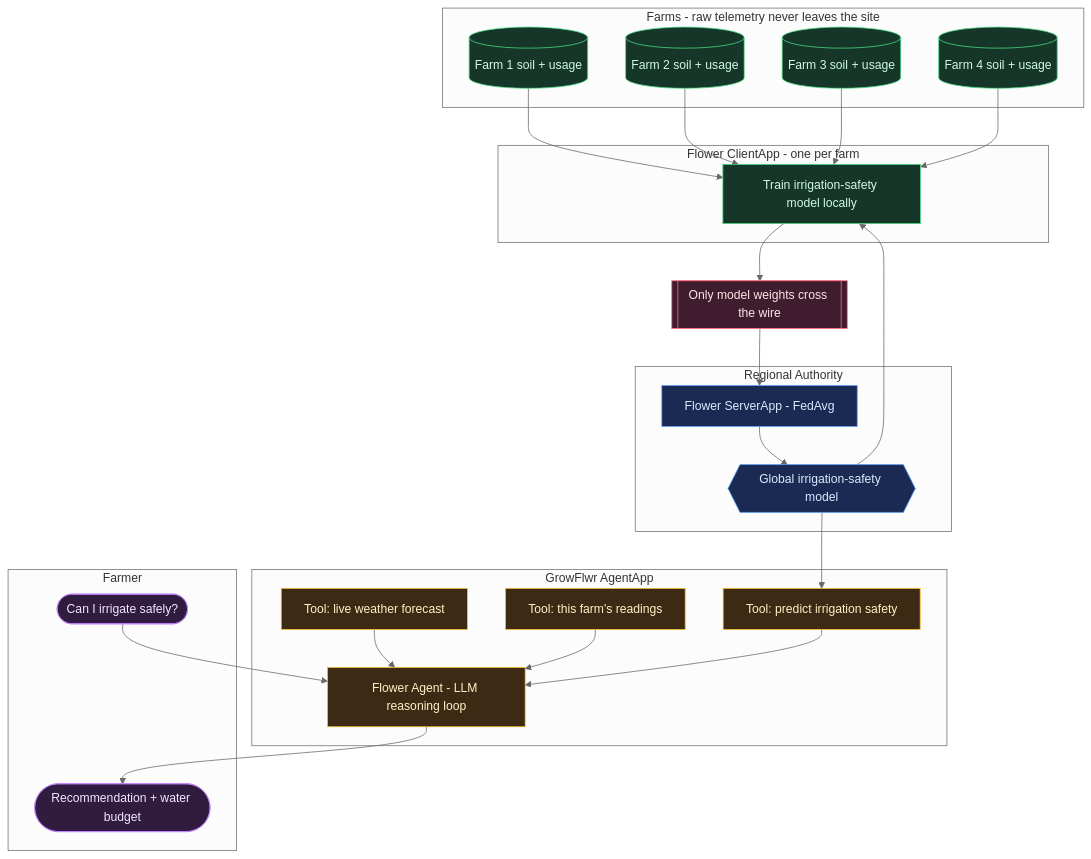
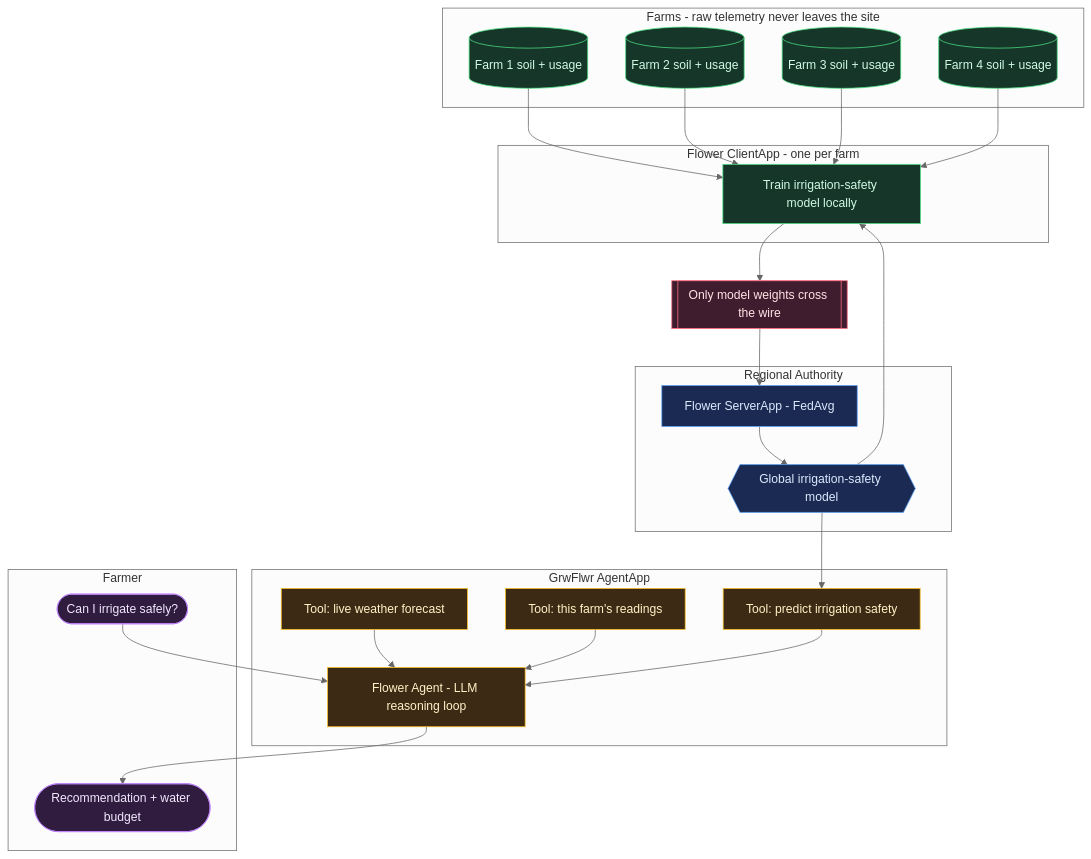
The diagram in docs/diagrams/architecture.mmd (whereissam/GrwFlwr), drawn with Mermaid (neutral theme) before and after one commit. The commit also changed 26 other files, not shown here.

First line of the commit message:
refactor: rename GrowFlwr to GrwFlwr, and pin the SuperNode count

```diff
--- a/docs/diagrams/architecture.mmd
+++ b/docs/diagrams/architecture.mmd
@@ -1,57 +1,57 @@
 flowchart TD
     subgraph FARMS[Farms - raw telemetry never leaves the site]
         F1[(Farm 1 soil + usage)]
         F2[(Farm 2 soil + usage)]
         F3[(Farm 3 soil + usage)]
         F4[(Farm 4 soil + usage)]
     end
 
     subgraph EDGE[Flower ClientApp - one per farm]
         C1[Train irrigation-safety model locally]
     end
 
     WIRE[[Only model weights cross the wire]]
 
     subgraph AUTH[Regional Authority]
         SRV[Flower ServerApp - FedAvg]
         GM{{Global irrigation-safety model}}
     end
 
-    subgraph AGENT[GrowFlwr AgentApp]
+    subgraph AGENT[GrwFlwr AgentApp]
         WX[Tool: live weather forecast]
         LOC[Tool: this farm's readings]
         PRED[Tool: predict irrigation safety]
         AG[Flower Agent - LLM reasoning loop]
     end
 
     subgraph USER[Farmer]
         Q([Can I irrigate safely?])
         ANS([Recommendation + water budget])
     end
 
     F1 --> C1
     F2 --> C1
     F3 --> C1
     F4 --> C1
 
     C1 --> WIRE --> SRV --> GM
     GM --> C1
 
     GM --> PRED
     Q --> AG
     WX --> AG
     LOC --> AG
     PRED --> AG
     AG --> ANS
 
     classDef farm fill:#16362a,stroke:#4ade80,color:#d1fae5
     classDef wire fill:#3f1d2e,stroke:#fb7185,color:#ffe4e6
     classDef authority fill:#1b2a52,stroke:#60a5fa,color:#dbeafe
     classDef agent fill:#3d2a14,stroke:#fbbf24,color:#fef3c7
     classDef person fill:#2f1c3f,stroke:#c084fc,color:#f3e8ff
 
     class F1,F2,F3,F4,C1 farm
     class WIRE wire
     class SRV,GM authority
     class AG,WX,LOC,PRED agent
     class Q,ANS person
```
